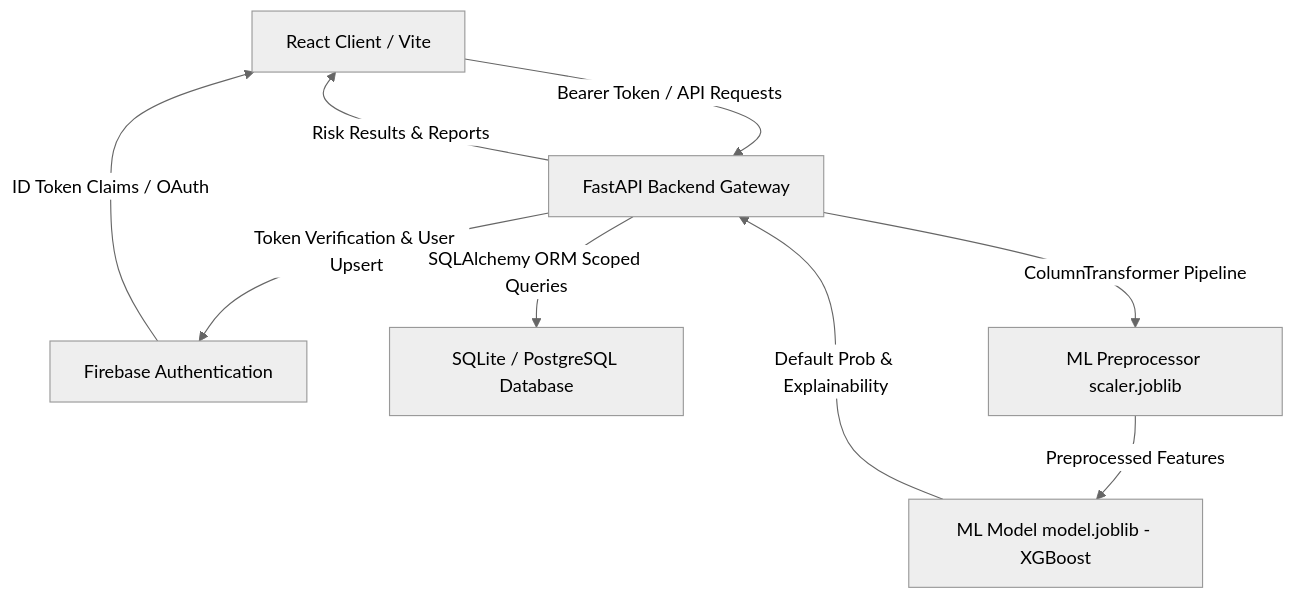
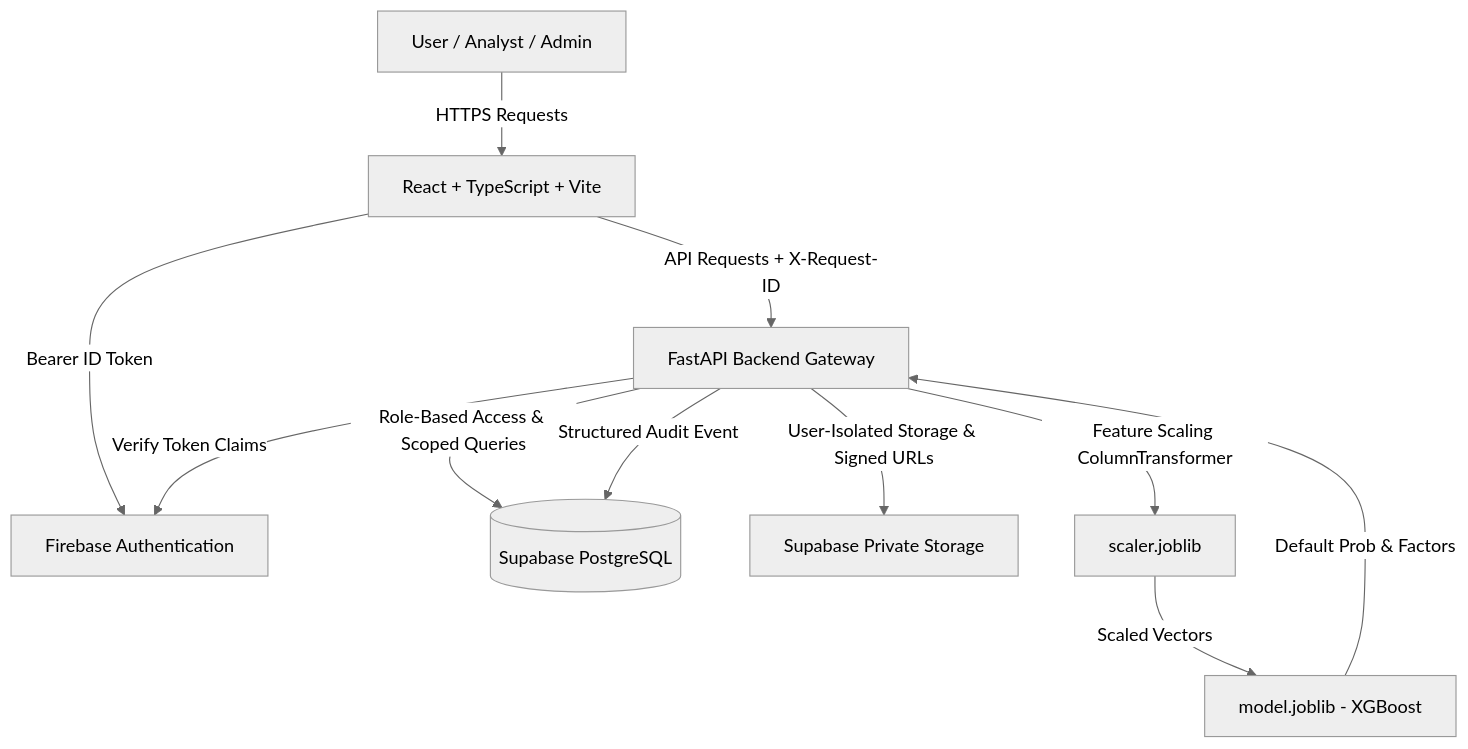
The diagram in README.md (G-JAYASEELAN17/msme-risk-ai), drawn with Mermaid (neutral theme) before and after one commit. The commit also changed other lines of this file and 64 other files, not shown here.

````diff
--- a/README.md
+++ b/README.md
@@ -19,11 +38,13 @@
 ```mermaid
 graph TD
-    A[React Client / Vite] -->|Bearer Token / API Requests| B[FastAPI Backend Gateway]
-    C[Firebase Authentication] -->|ID Token Claims / OAuth| A
-    B -->|Token Verification & User Upsert| C
-    B -->|SQLAlchemy ORM Scoped Queries| D[SQLite / PostgreSQL Database]
-    B -->|ColumnTransformer Pipeline| E[ML Preprocessor scaler.joblib]
-    E -->|Preprocessed Features| F[ML Model model.joblib - XGBoost]
-    F -->|Default Prob & Explainability| B
-    B -->|Risk Results & Reports| A
+    User[User / Analyst / Admin] -->|HTTPS Requests| Frontend[React + TypeScript + Vite]
+    Frontend -->|Bearer ID Token| Firebase[Firebase Authentication]
+    Frontend -->|API Requests + X-Request-ID| Backend[FastAPI Backend Gateway]
+    Backend -->|Verify Token Claims| Firebase
+    Backend -->|Role-Based Access & Scoped Queries| DB[(Supabase PostgreSQL)]
+    Backend -->|User-Isolated Storage & Signed URLs| Storage[Supabase Private Storage]
+    Backend -->|Feature Scaling ColumnTransformer| Preprocessor[scaler.joblib]
+    Preprocessor -->|Scaled Vectors| Model[model.joblib - XGBoost]
+    Model -->|Default Prob & Factors| Backend
+    Backend -->|Structured Audit Event| DB
 ```
````
